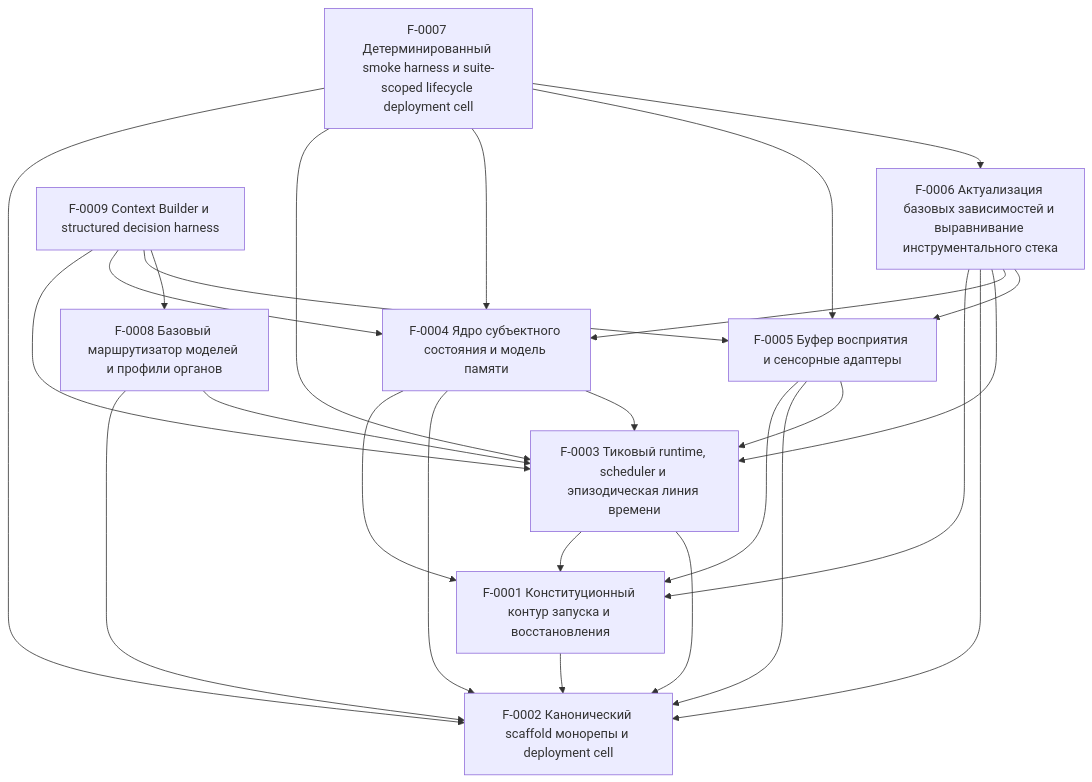
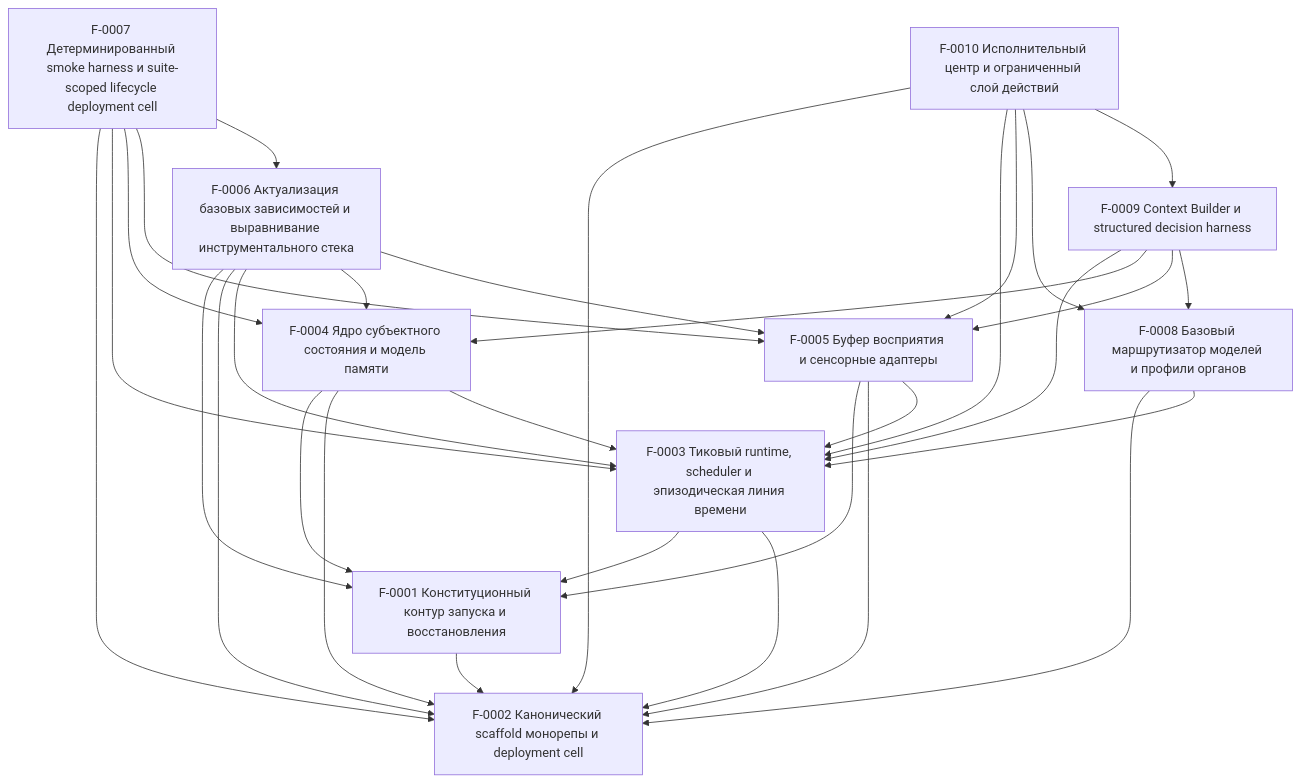
One commit to kostysh/yaagi changed the diagram in docs/ssot/index.md. Above: the diagram before and after it, drawn with Mermaid. The commit also changed other lines of this file and 4 other files, not shown here.

````diff
--- a/docs/ssot/index.md
+++ b/docs/ssot/index.md
@@ -27,37 +28,43 @@
 ```mermaid
 graph TD
   F0001["F-0001 Конституционный контур запуска и восстановления"]
   F0002["F-0002 Канонический scaffold монорепы и deployment cell"]
   F0003["F-0003 Тиковый runtime, scheduler и эпизодическая линия времени"]
   F0004["F-0004 Ядро субъектного состояния и модель памяти"]
   F0005["F-0005 Буфер восприятия и сенсорные адаптеры"]
   F0006["F-0006 Актуализация базовых зависимостей и выравнивание инструментального стека"]
   F0007["F-0007 Детерминированный smoke harness и suite-scoped lifecycle deployment cell"]
   F0008["F-0008 Базовый маршрутизатор моделей и профили органов"]
   F0009["F-0009 Context Builder и structured decision harness"]
+  F0010["F-0010 Исполнительный центр и ограниченный слой действий"]
   F0001 --> F0002
   F0003 --> F0001
   F0003 --> F0002
   F0004 --> F0001
   F0004 --> F0002
   F0004 --> F0003
   F0005 --> F0001
   F0005 --> F0002
   F0005 --> F0003
   F0006 --> F0001
   F0006 --> F0002
   F0006 --> F0003
   F0006 --> F0004
   F0006 --> F0005
   F0007 --> F0002
   F0007 --> F0003
   F0007 --> F0004
   F0007 --> F0005
   F0007 --> F0006
   F0008 --> F0002
   F0008 --> F0003
   F0009 --> F0003
   F0009 --> F0004
   F0009 --> F0005
   F0009 --> F0008
+  F0010 --> F0002
+  F0010 --> F0003
+  F0010 --> F0005
+  F0010 --> F0008
+  F0010 --> F0009
 ```
````
